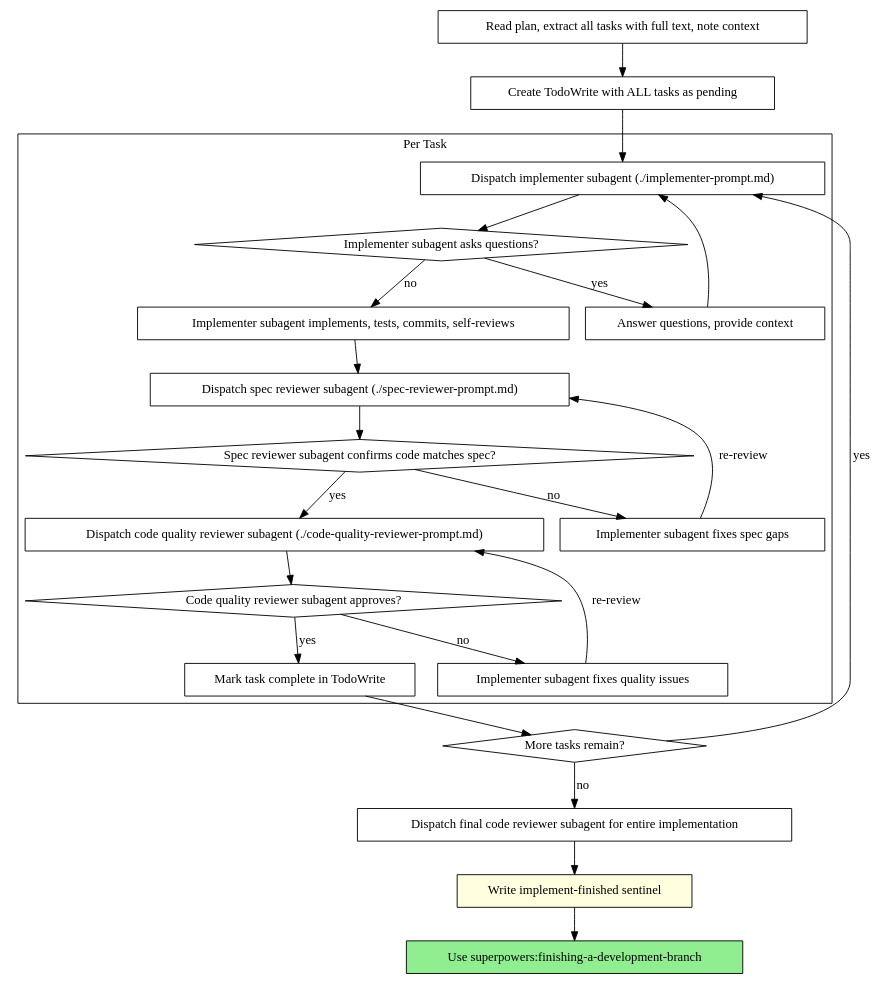
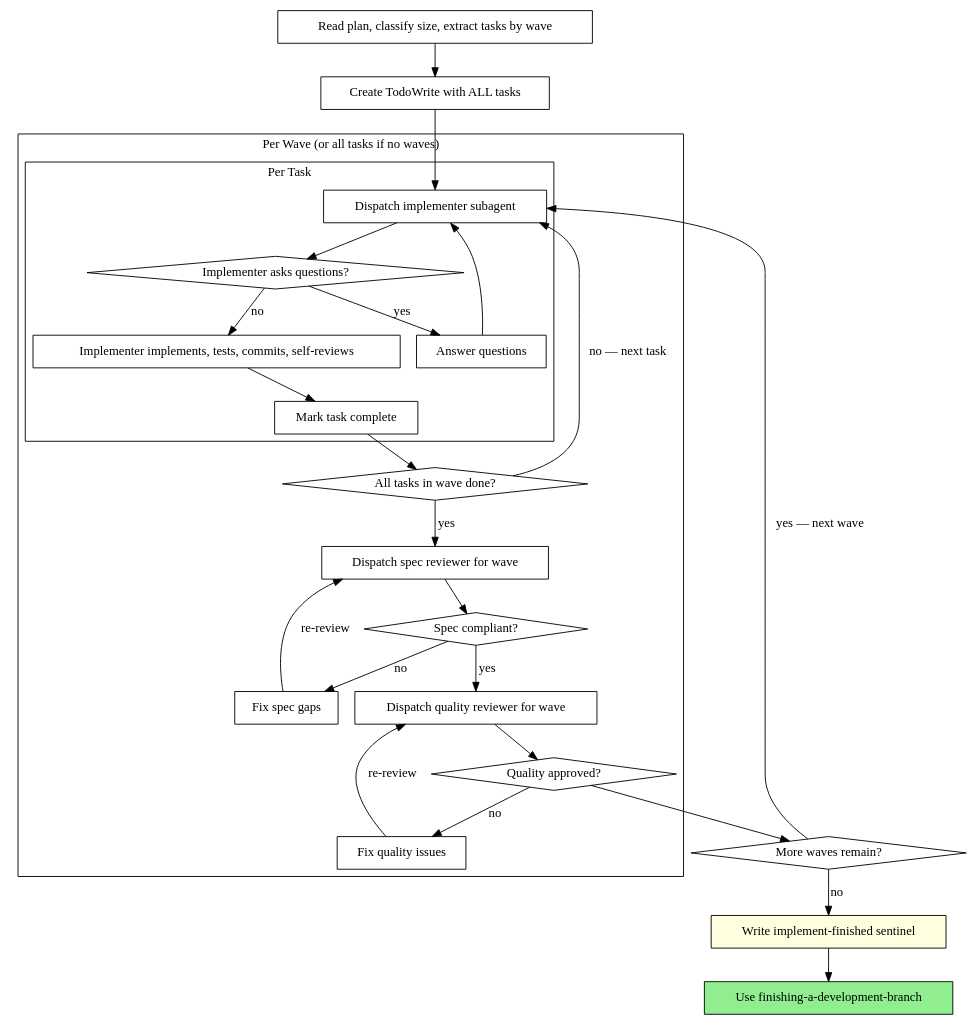
Before and after one commit to kastheco/kasmos: the second of 2 diagrams in internal/initcmd/scaffold/templates/skills/subagent-driven-development/SKILL.md, drawn with Graphviz. The commit also changed other lines of this file and 8 other files, not shown here.

First line of the commit message:
refactor(skills): Add task sizing and wave-level review to plan skills

````diff
--- a/internal/initcmd/scaffold/templates/skills/subagent-driven-development/SKILL.md
+++ b/internal/initcmd/scaffold/templates/skills/subagent-driven-development/SKILL.md
@@ -40,48 +52,54 @@
 ```dot
 digraph process {
     rankdir=TB;
 
-    subgraph cluster_per_task {
-        label="Per Task";
-        "Dispatch implementer subagent (./implementer-prompt.md)" [shape=box];
-        "Implementer subagent asks questions?" [shape=diamond];
-        "Answer questions, provide context" [shape=box];
-        "Implementer subagent implements, tests, commits, self-reviews" [shape=box];
-        "Dispatch spec reviewer subagent (./spec-reviewer-prompt.md)" [shape=box];
-        "Spec reviewer subagent confirms code matches spec?" [shape=diamond];
-        "Implementer subagent fixes spec gaps" [shape=box];
-        "Dispatch code quality reviewer subagent (./code-quality-reviewer-prompt.md)" [shape=box];
-        "Code quality reviewer subagent approves?" [shape=diamond];
-        "Implementer subagent fixes quality issues" [shape=box];
-        "Mark task complete in TodoWrite" [shape=box];
+    subgraph cluster_per_wave {
+        label="Per Wave (or all tasks if no waves)";
+
+        subgraph cluster_per_task {
+            label="Per Task";
+            "Dispatch implementer subagent" [shape=box];
+            "Implementer asks questions?" [shape=diamond];
+            "Answer questions" [shape=box];
+            "Implementer implements, tests, commits, self-reviews" [shape=box];
+            "Mark task complete" [shape=box];
+        }
+
+        "All tasks in wave done?" [shape=diamond];
+        "Dispatch spec reviewer for wave" [shape=box];
+        "Spec compliant?" [shape=diamond];
+        "Fix spec gaps" [shape=box];
+        "Dispatch quality reviewer for wave" [shape=box];
+        "Quality approved?" [shape=diamond];
+        "Fix quality issues" [shape=box];
     }
 
-    "Read plan, extract all tasks with full text, note context" [shape=box];
-    "Create TodoWrite with ALL tasks as pending" [shape=box];
-    "More tasks remain?" [shape=diamond];
-    "Dispatch final code reviewer subagent for entire implementation" [shape=box];
+    "Read plan, classify size, extract tasks by wave" [shape=box];
+    "Create TodoWrite with ALL tasks" [shape=box];
+    "More waves remain?" [shape=diamond];
     "Write implement-finished sentinel" [shape=box style=filled fillcolor=lightyellow];
-    "Use superpowers:finishing-a-development-branch" [shape=box style=filled fillcolor=lightgreen];
+    "Use finishing-a-development-branch" [shape=box style=filled fillcolor=lightgreen];
 
-    "Read plan, extract all tasks with full text, note context" -> "Create TodoWrite with ALL tasks as pending";
-    "Create TodoWrite with ALL tasks as pending" -> "Dispatch implementer subagent (./implementer-prompt.md)";
-    "Dispatch implementer subagent (./implementer-prompt.md)" -> "Implementer subagent asks questions?";
-    "Implementer subagent asks questions?" -> "Answer questions, provide context" [label="yes"];
-    "Answer questions, provide context" -> "Dispatch implementer subagent (./implementer-prompt.md)";
-    "Implementer subagent asks questions?" -> "Implementer subagent implements, tests, commits, self-reviews" [label="no"];
-    "Implementer subagent implements, tests, commits, self-reviews" -> "Dispatch spec reviewer subagent (./spec-reviewer-prompt.md)";
-    "Dispatch spec reviewer subagent (./spec-reviewer-prompt.md)" -> "Spec reviewer subagent confirms code matches spec?";
-    "Spec reviewer subagent confirms code matches spec?" -> "Implementer subagent fixes spec gaps" [label="no"];
-    "Implementer subagent fixes spec gaps" -> "Dispatch spec reviewer subagent (./spec-reviewer-prompt.md)" [label="re-review"];
-    "Spec reviewer subagent confirms code matches spec?" -> "Dispatch code quality reviewer subagent (./code-quality-reviewer-prompt.md)" [label="yes"];
-    "Dispatch code quality reviewer subagent (./code-quality-reviewer-prompt.md)" -> "Code quality reviewer subagent approves?";
-    "Code quality reviewer subagent approves?" -> "Implementer subagent fixes quality issues" [label="no"];
-    "Implementer subagent fixes quality issues" -> "Dispatch code quality reviewer subagent (./code-quality-reviewer-prompt.md)" [label="re-review"];
-    "Code quality reviewer subagent approves?" -> "Mark task complete in TodoWrite" [label="yes"];
-    "Mark task complete in TodoWrite" -> "More tasks remain?";
-    "More tasks remain?" -> "Dispatch implementer subagent (./implementer-prompt.md)" [label="yes"];
-    "More tasks remain?" -> "Dispatch final code reviewer subagent for entire implementation" [label="no"];
-    "Dispatch final code reviewer subagent for entire implementation" -> "Write implement-finished sentinel";
-    "Write implement-finished sentinel" -> "Use superpowers:finishing-a-development-branch";
+    "Read plan, classify size, extract tasks by wave" -> "Create TodoWrite with ALL tasks";
+    "Create TodoWrite with ALL tasks" -> "Dispatch implementer subagent";
+    "Dispatch implementer subagent" -> "Implementer asks questions?";
+    "Implementer asks questions?" -> "Answer questions" [label="yes"];
+    "Answer questions" -> "Dispatch implementer subagent";
+    "Implementer asks questions?" -> "Implementer implements, tests, commits, self-reviews" [label="no"];
+    "Implementer implements, tests, commits, self-reviews" -> "Mark task complete";
+    "Mark task complete" -> "All tasks in wave done?";
+    "All tasks in wave done?" -> "Dispatch implementer subagent" [label="no — next task"];
+    "All tasks in wave done?" -> "Dispatch spec reviewer for wave" [label="yes"];
+    "Dispatch spec reviewer for wave" -> "Spec compliant?";
+    "Spec compliant?" -> "Fix spec gaps" [label="no"];
+    "Fix spec gaps" -> "Dispatch spec reviewer for wave" [label="re-review"];
+    "Spec compliant?" -> "Dispatch quality reviewer for wave" [label="yes"];
+    "Dispatch quality reviewer for wave" -> "Quality approved?";
+    "Quality approved?" -> "Fix quality issues" [label="no"];
+    "Fix quality issues" -> "Dispatch quality reviewer for wave" [label="re-review"];
+    "Quality approved?" -> "More waves remain?";
+    "More waves remain?" -> "Dispatch implementer subagent" [label="yes — next wave"];
+    "More waves remain?" -> "Write implement-finished sentinel" [label="no"];
+    "Write implement-finished sentinel" -> "Use finishing-a-development-branch";
 }
 ```
````
